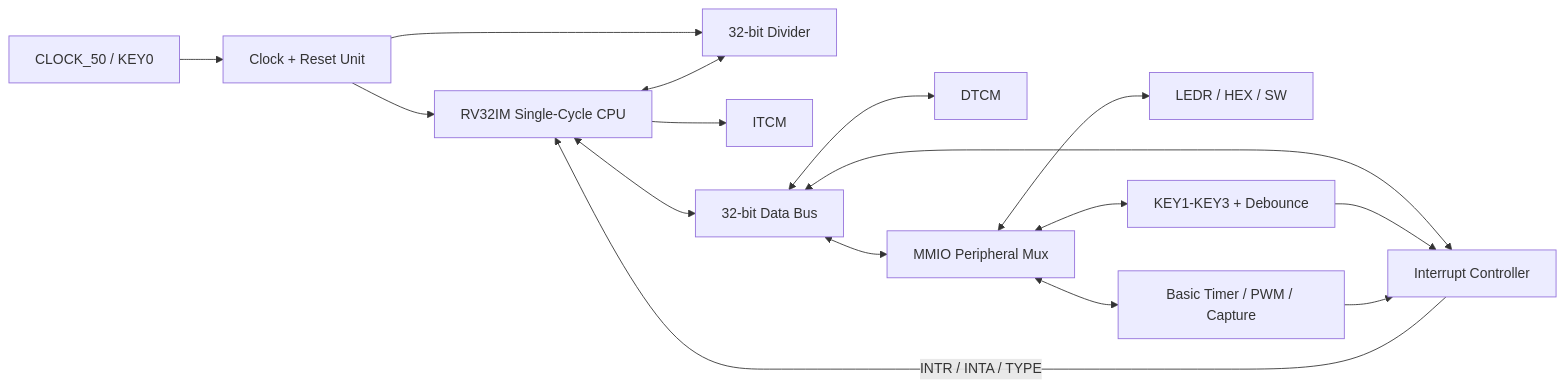
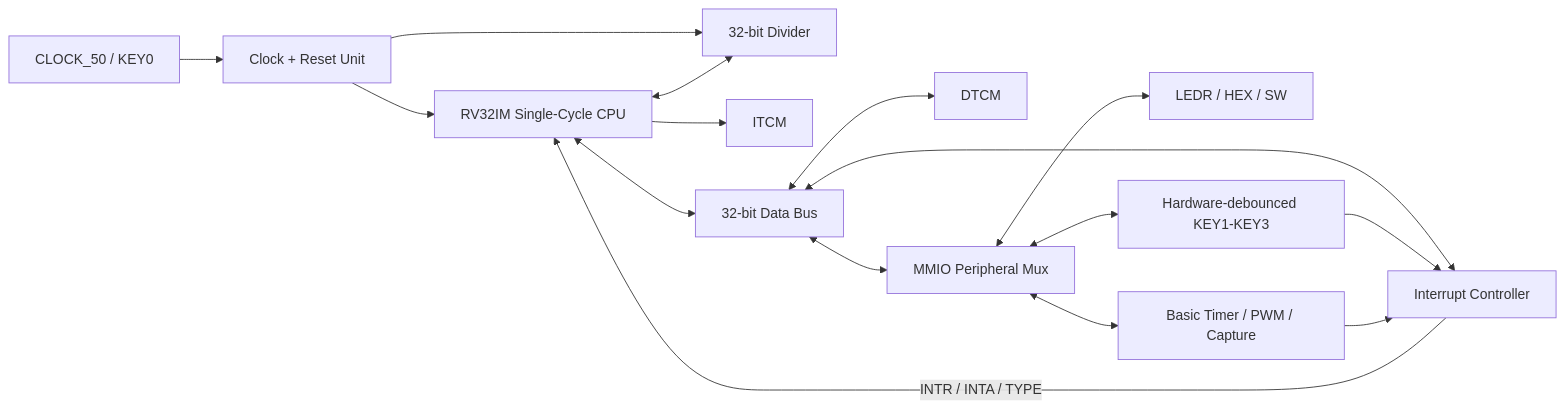
One commit to noamkorinperi/VHDL_LAB_final changed the diagram in DOC/ARCHITECTURE.md. Above: the diagram before and after it, drawn with Mermaid. The commit also changed other lines of this file and 34 other files, not shown here.

````diff
--- a/DOC/ARCHITECTURE.md
+++ b/DOC/ARCHITECTURE.md
@@ -16,18 +17,18 @@
 ```mermaid
 flowchart LR
     CLOCK["CLOCK_50 / KEY0"] --> CRU["Clock + Reset Unit"]
     CRU --> CPU["RV32IM Single-Cycle CPU"]
     CRU --> DIV["32-bit Divider"]
     CPU --> ITCM["ITCM"]
     CPU <--> BUS["32-bit Data Bus"]
     BUS <--> DTCM["DTCM"]
     BUS <--> PERIPH["MMIO Peripheral Mux"]
     PERIPH <--> GPIO["LEDR / HEX / SW"]
-    PERIPH <--> PB["KEY1-KEY3 + Debounce"]
+    PERIPH <--> PB["Hardware-debounced KEY1-KEY3"]
     PERIPH <--> TIMER["Basic Timer / PWM / Capture"]
     BUS <--> INTC["Interrupt Controller"]
     CPU <--> DIV
     PB --> INTC
     TIMER --> INTC
     INTC -->|"INTR / INTA / TYPE"| CPU
 ```
````
